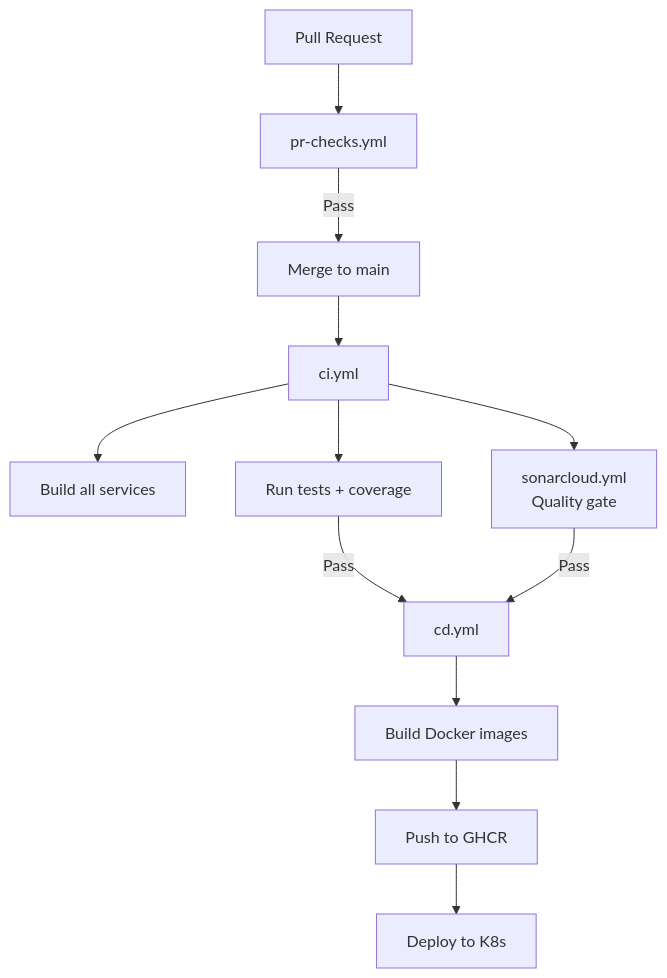
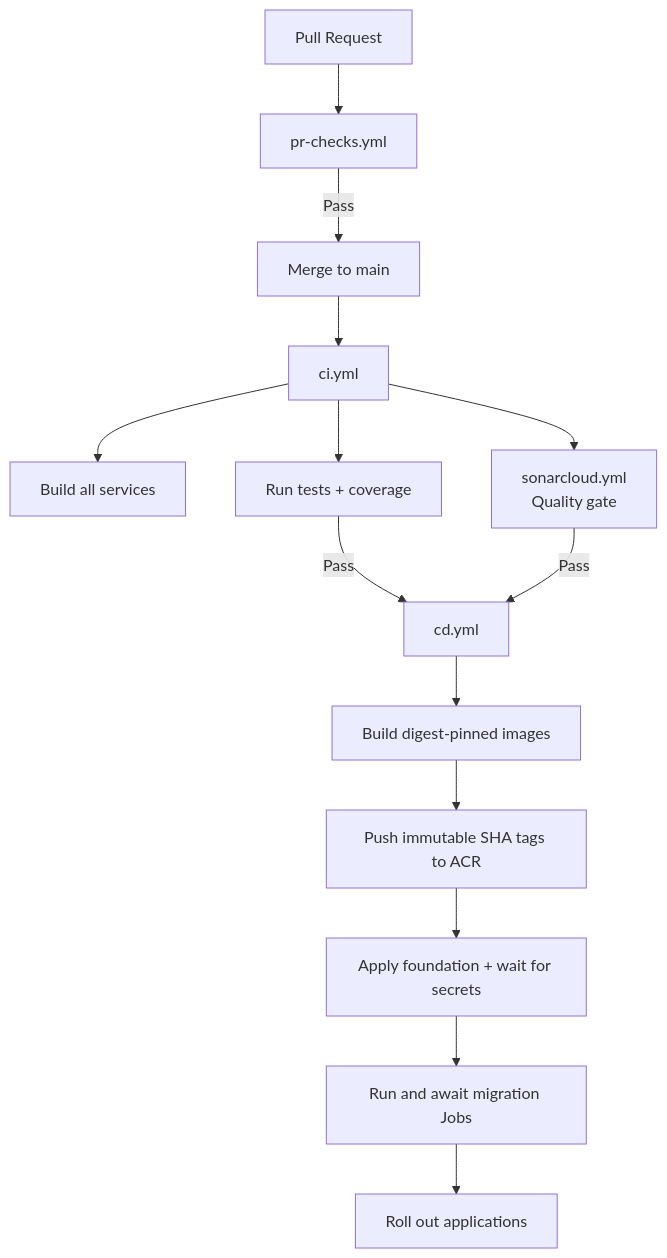
Before and after one commit to blanho/auction-platform-microservices: the second of 2 diagrams in docs/deployment.md, drawn with Mermaid. The commit also changed other lines of this file and 5 other files, not shown here.

````diff
--- a/docs/deployment.md
+++ b/docs/deployment.md
@@ -293,14 +303,16 @@
 ```mermaid
 graph TD
     PR["Pull Request"] --> PRC["pr-checks.yml"]
     PRC --> |Pass| Merge["Merge to main"]
     Merge --> CI["ci.yml"]
     CI --> Build["Build all services"]
     CI --> Test["Run tests + coverage"]
     CI --> SONAR["sonarcloud.yml<br/>Quality gate"]
     Test --> |Pass| CD["cd.yml"]
     SONAR --> |Pass| CD
-    CD --> Docker["Build Docker images"]
-    Docker --> Push["Push to GHCR"]
-    Push --> Deploy["Deploy to K8s"]
+    CD --> Docker["Build digest-pinned images"]
+    Docker --> Push["Push immutable SHA tags to ACR"]
+    Push --> Foundation["Apply foundation + wait for secrets"]
+    Foundation --> Migrate["Run and await migration Jobs"]
+    Migrate --> Deploy["Roll out applications"]
 ```
````
